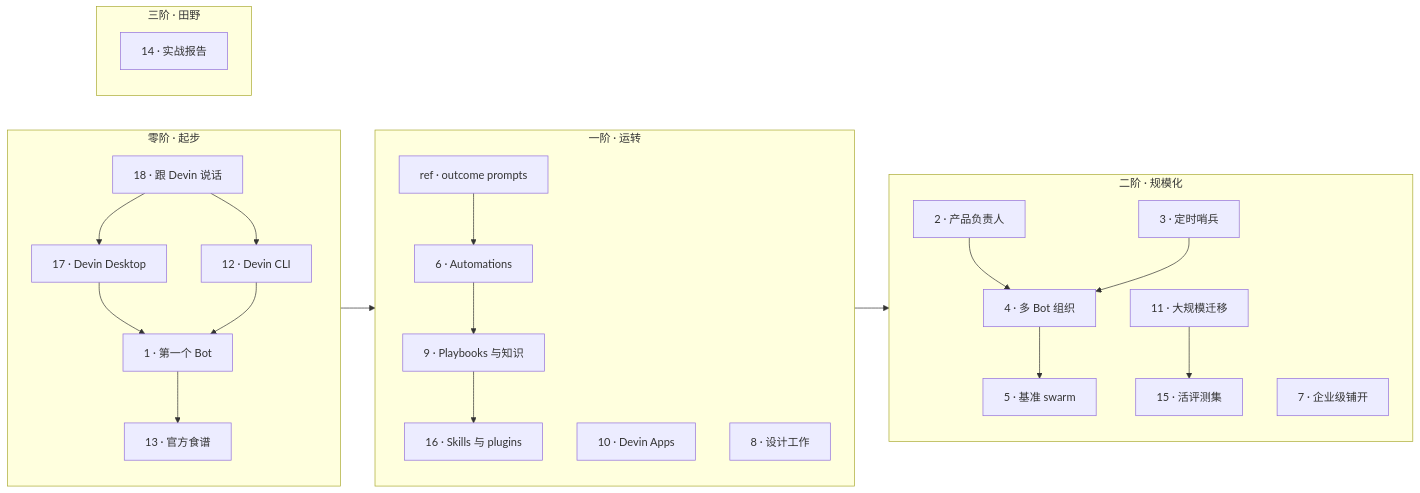
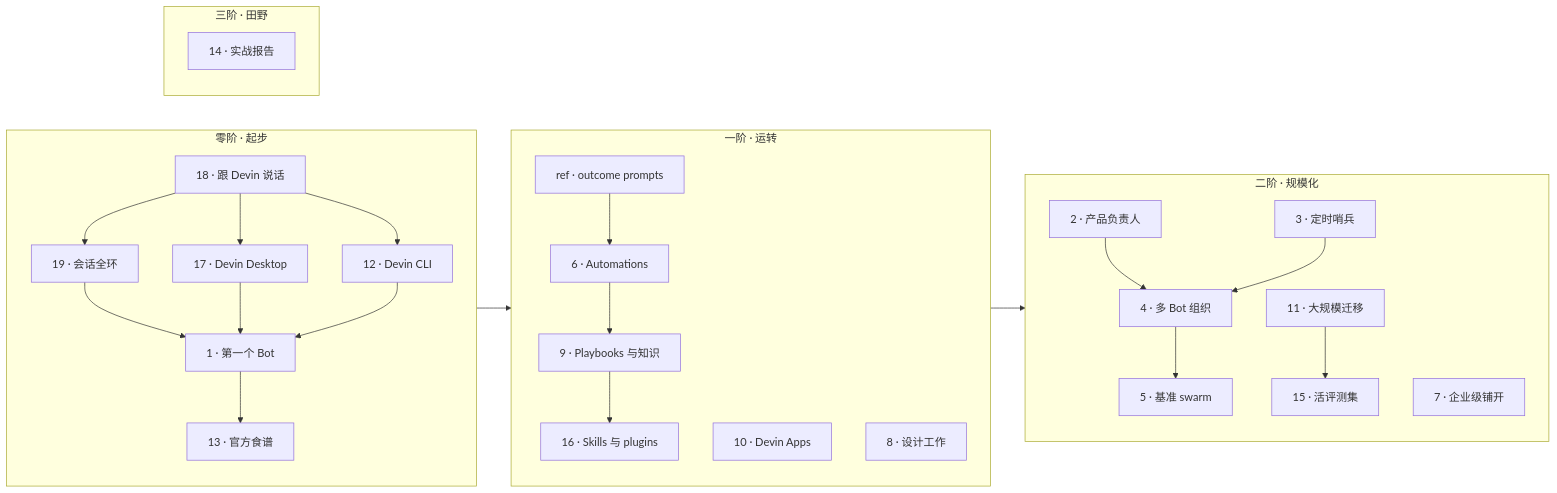
One commit to Till3005/build-with-devin changed the diagram in README.zh.md. Above: the diagram before and after it, drawn with Mermaid. The commit also changed other lines of this file and 7 other files, not shown here.

````diff
--- a/README.zh.md
+++ b/README.zh.md
@@ -27,28 +27,30 @@
 ```mermaid
 flowchart LR
     subgraph S0["零阶 · 起步"]
       G18["18 · 跟 Devin 说话"] --> G17["17 · Devin Desktop"]
       G18 --> G12["12 · Devin CLI"]
+      G18 --> G19["19 · 会话全环"]
+      G19 --> G1
       G17 --> G1["1 · 第一个 Bot"]
       G12 --> G1
       G1 --> G13["13 · 官方食谱"]
     end
     subgraph S1["一阶 · 运转"]
       GP["ref · outcome prompts"] --> G6["6 · Automations"]
       G6 --> G9["9 · Playbooks 与知识"]
       G9 --> G16["16 · Skills 与 plugins"]
       G10["10 · Devin Apps"]
       G8["8 · 设计工作"]
     end
     subgraph S2["二阶 · 规模化"]
       G2["2 · 产品负责人"] --> G4["4 · 多 Bot 组织"]
       G3["3 · 定时哨兵"] --> G4
       G4 --> G5["5 · 基准 swarm"]
       G11["11 · 大规模迁移"] --> G15["15 · 活评测集"]
       G7["7 · 企业级铺开"]
     end
     subgraph S3["三阶 · 田野"]
       G14["14 · 实战报告"]
     end
     S0 --> S1 --> S2
 ```
````
